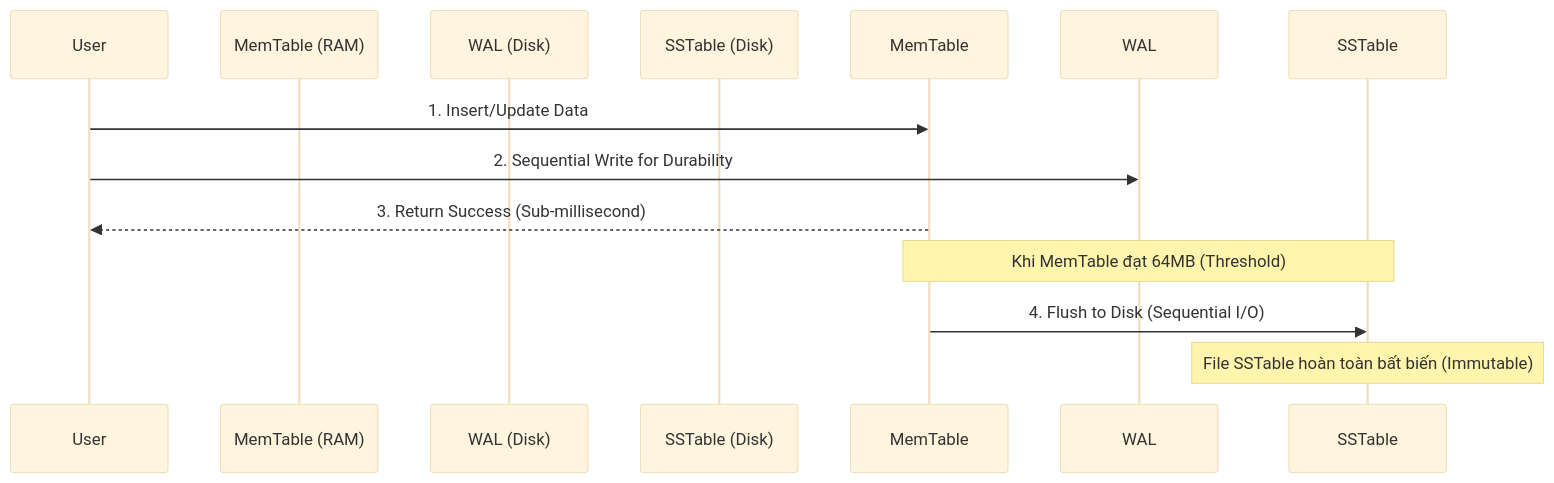
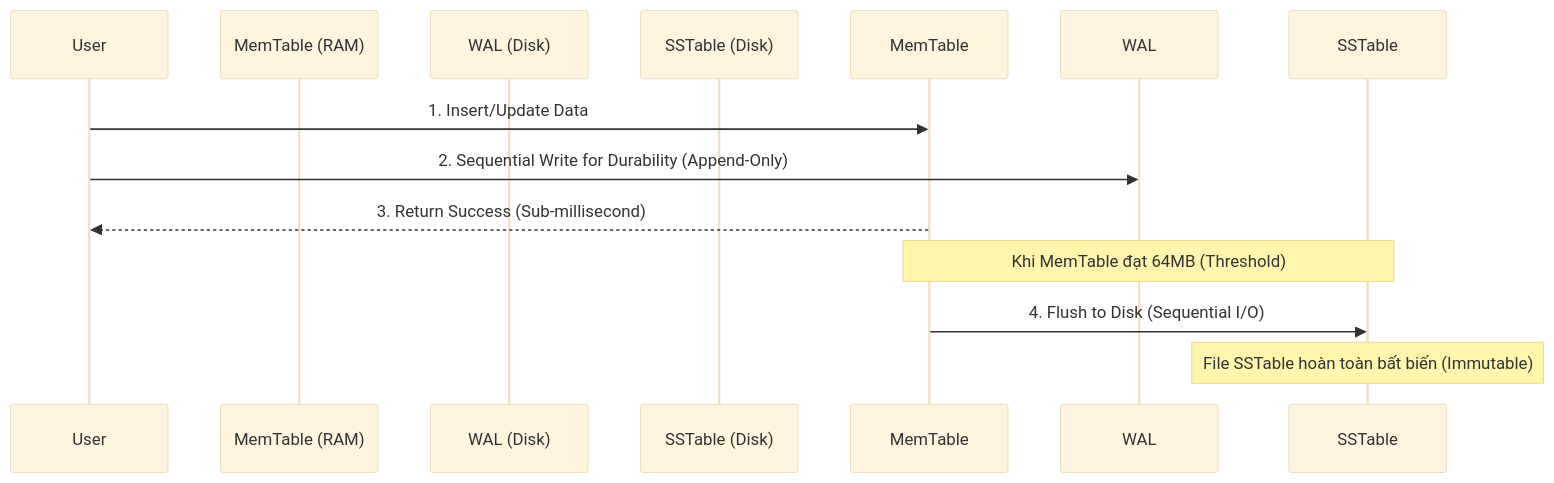
The second of 2 diagrams in blogs/part-1/01-anatomy-of-storage-engine-btree-vs-lsmtree.md (caubebinhan/landingpage), drawn with Mermaid (base theme) before and after one commit. The commit also changed other lines of this file and 6563 other files, not shown here.

````diff
--- a/blogs/part-1/01-anatomy-of-storage-engine-btree-vs-lsmtree.md
+++ b/blogs/part-1/01-anatomy-of-storage-engine-btree-vs-lsmtree.md
@@ -70,15 +98,15 @@
 ```mermaid
 sequenceDiagram
     participant User
     participant MemTable (RAM)
     participant WAL (Disk)
     participant SSTable (Disk)
     
     User->>MemTable: 1. Insert/Update Data
-    User->>WAL: 2. Sequential Write for Durability
+    User->>WAL: 2. Sequential Write for Durability (Append-Only)
     MemTable-->>User: 3. Return Success (Sub-millisecond)
     
     Note over MemTable, SSTable: Khi MemTable đạt 64MB (Threshold)
     MemTable->>SSTable: 4. Flush to Disk (Sequential I/O)
     Note over SSTable: File SSTable hoàn toàn bất biến (Immutable)
 ```
````
